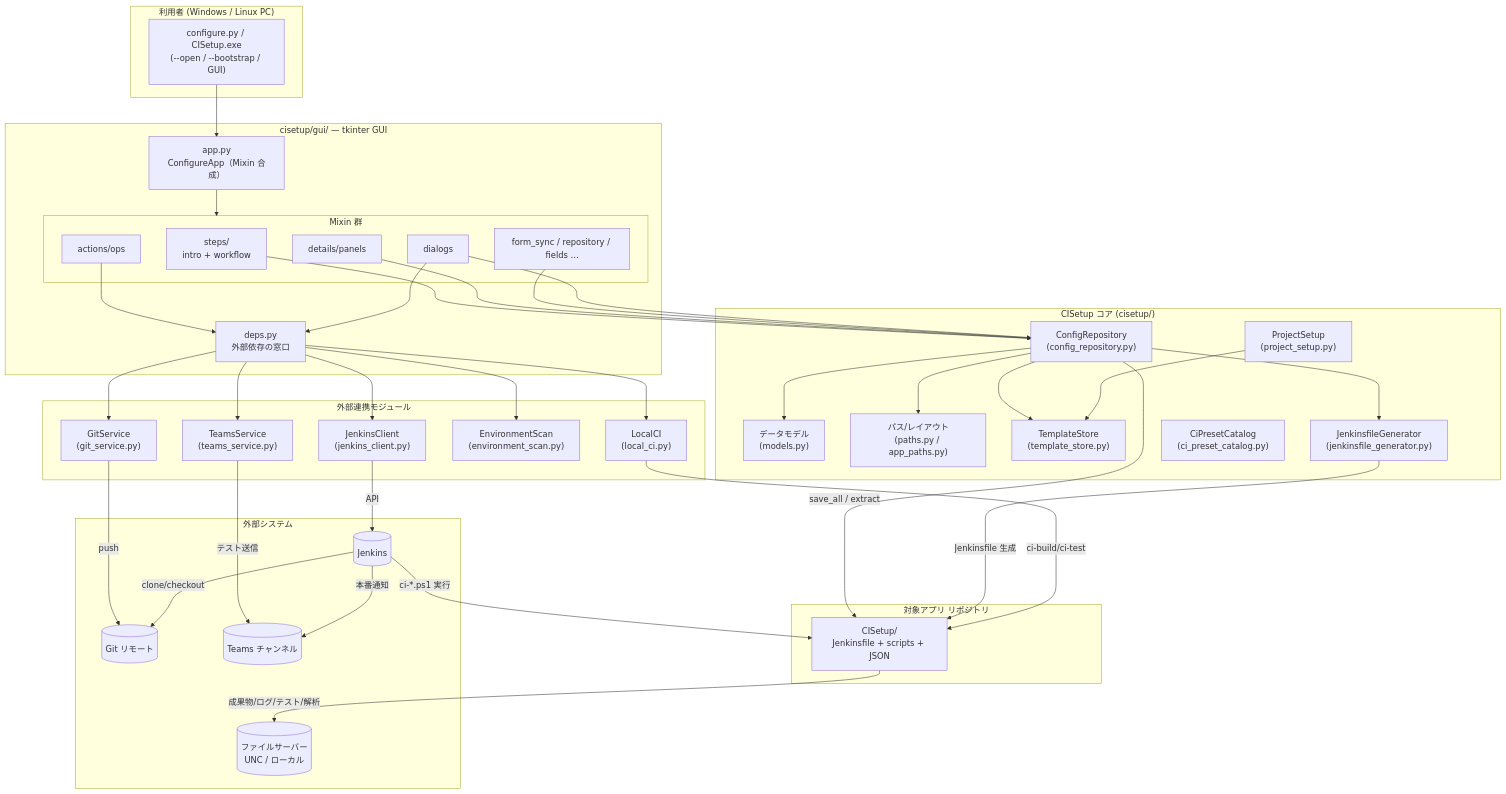
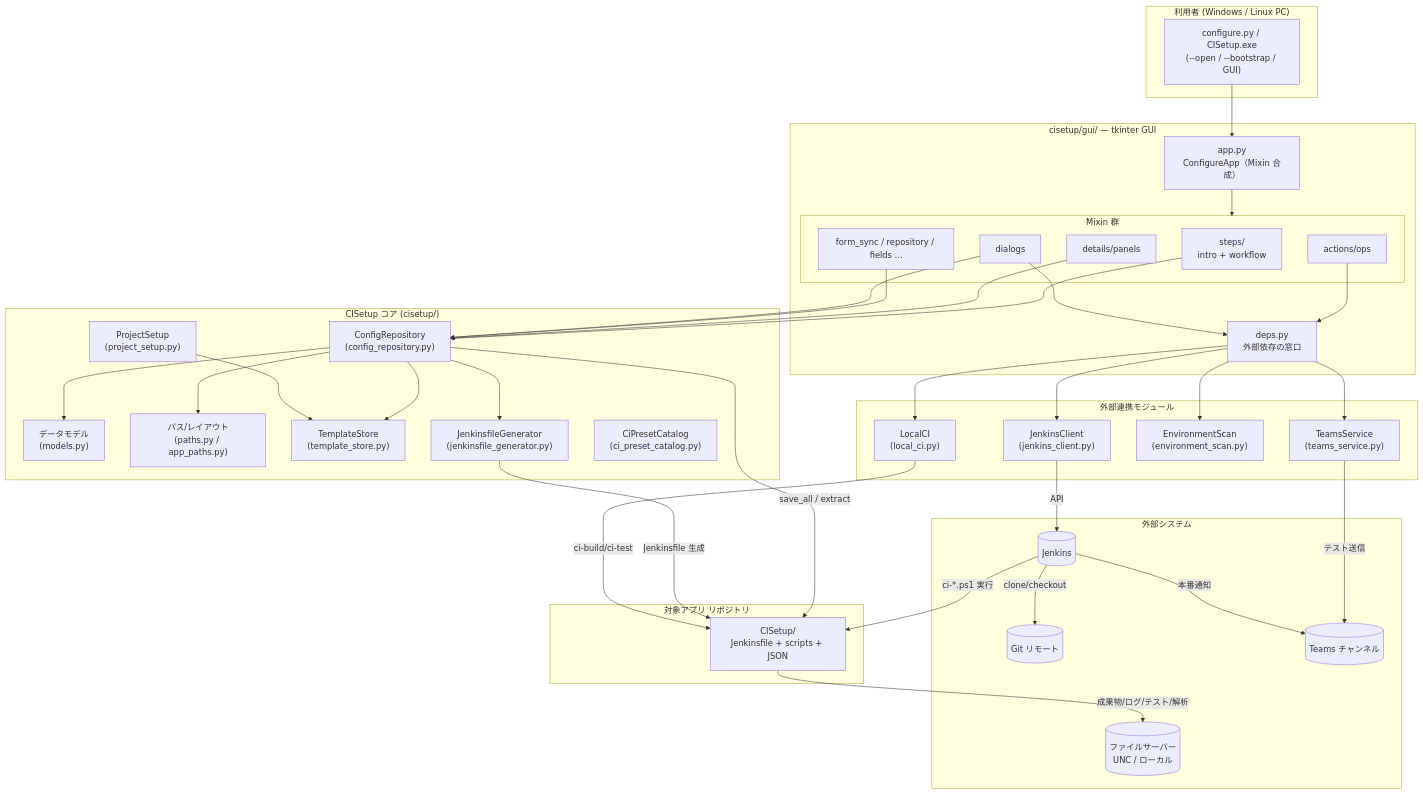
One commit to gt-ynakamatsu/ci-setup-tool changed the first of 12 diagrams in docs/DESIGN.md. Above: the diagram before and after it, drawn with Mermaid. The commit also changed other lines of this file and 17 other files, not shown here.

First line of the commit message:
Remove GUI Git push; CI lives only in the Jenkins job.

````diff
--- a/docs/DESIGN.md
+++ b/docs/DESIGN.md
@@ -102,66 +102,64 @@
 ```mermaid
 flowchart TB
     subgraph User["利用者 (Windows / Linux PC)"]
         CLI["configure.py / CISetup.exe<br/>(--open / --bootstrap / GUI)"]
     end
 
     subgraph GUIPkg["cisetup/gui/ — tkinter GUI"]
         APP["app.py<br/>ConfigureApp（Mixin 合成）"]
         subgraph Mixins["Mixin 群"]
             STEPS["steps/<br/>intro + workflow"]
             DET["details/panels"]
             OPS["actions/ops"]
             SYNC["form_sync / repository / fields …"]
             DLG["dialogs"]
         end
         DEPS["deps.py<br/>外部依存の窓口"]
     end
 
     subgraph Core["CISetup コア (cisetup/)"]
         REPO["ConfigRepository<br/>(config_repository.py)"]
         MODELS["データモデル<br/>(models.py)"]
         PATHS["パス/レイアウト<br/>(paths.py / app_paths.py)"]
         TS["TemplateStore<br/>(template_store.py)"]
         PS["ProjectSetup<br/>(project_setup.py)"]
         JFG["JenkinsfileGenerator<br/>(jenkinsfile_generator.py)"]
         PRESET["CiPresetCatalog<br/>(ci_preset_catalog.py)"]
     end
 
     subgraph Integrations["外部連携モジュール"]
         JC["JenkinsClient<br/>(jenkins_client.py)"]
-        GS["GitService<br/>(git_service.py)"]
         TEAMS["TeamsService<br/>(teams_service.py)"]
         ENV["EnvironmentScan<br/>(environment_scan.py)"]
         LC["LocalCI<br/>(local_ci.py)"]
     end
 
     subgraph Repo["対象アプリ リポジトリ"]
         CIDIR["CISetup/<br/>Jenkinsfile + scripts + JSON"]
     end
 
     subgraph External["外部システム"]
         JENKINS[("Jenkins")]
         GIT[("Git リモート")]
         TEAMSCH[("Teams チャンネル")]
         FS[("ファイルサーバー<br/>UNC / ローカル")]
     end
 
     CLI --> APP
     APP --> Mixins
     STEPS & DET & SYNC & DLG --> REPO
     OPS --> DEPS
     DLG --> DEPS
-    DEPS --> JC & GS & TEAMS & ENV & LC
+    DEPS --> JC & TEAMS & ENV & LC
     REPO --> MODELS & PATHS & TS & JFG
     PS --> TS
     REPO -->|save_all / extract| CIDIR
     JFG -->|Jenkinsfile 生成| CIDIR
     JC -->|API| JENKINS
-    GS -->|push| GIT
     TEAMS -->|テスト送信| TEAMSCH
     LC -->|ci-build/ci-test| CIDIR
     JENKINS -->|clone/checkout| GIT
     JENKINS -->|"ci-*.ps1 実行"| CIDIR
     CIDIR -->|"成果物/ログ/テスト/解析"| FS
     JENKINS -->|本番通知| TEAMSCH
 ```
````
